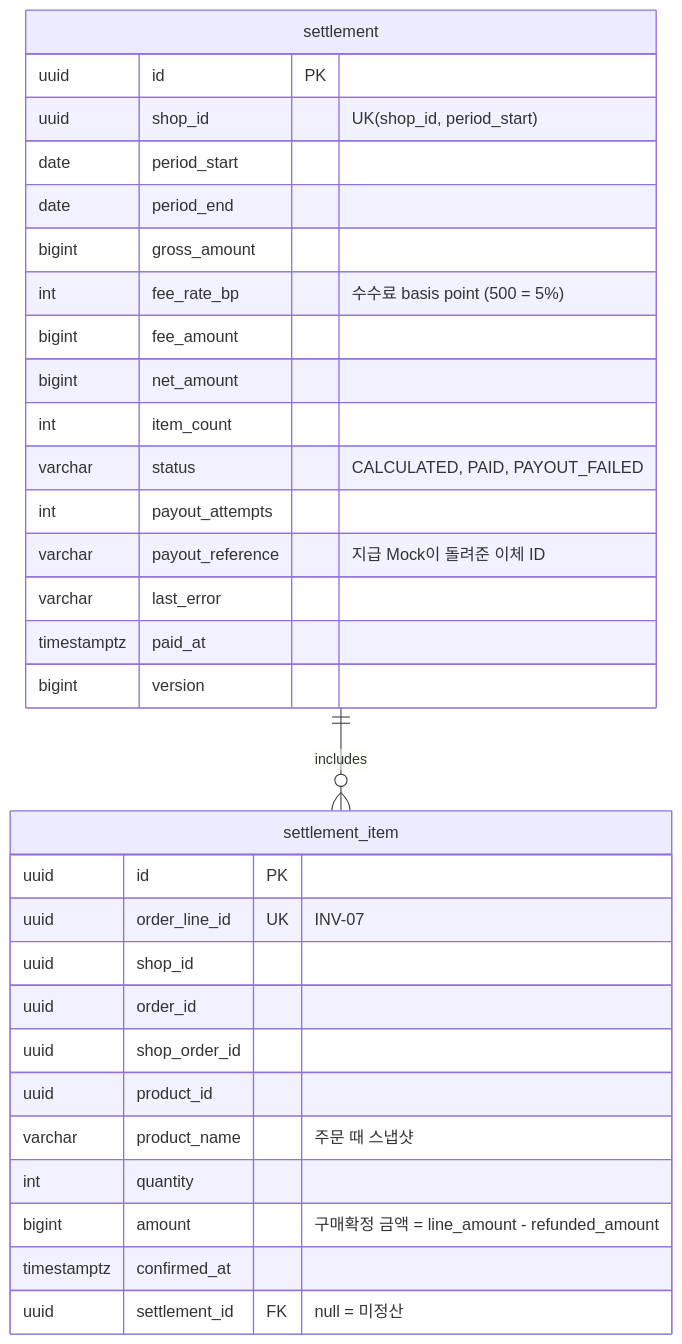
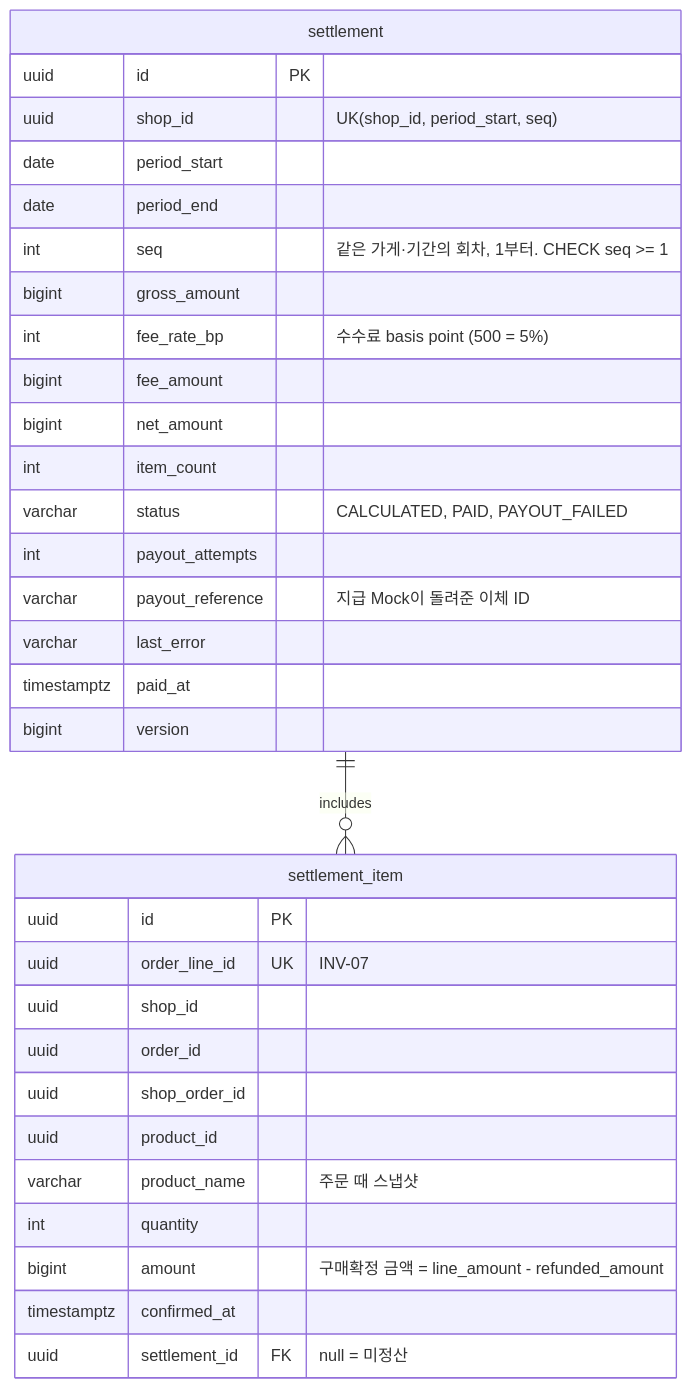
The sixth of 10 diagrams in docs/02-design/03-erd.md (95twan/myroutine-v2), drawn with Mermaid before and after one commit. The commit also changed other lines of this file and 31 other files, not shown here.

````diff
--- a/docs/02-design/03-erd.md
+++ b/docs/02-design/03-erd.md
@@ -326,34 +327,35 @@
 ```mermaid
 erDiagram
   settlement ||--o{ settlement_item : includes
   settlement_item {
     uuid id PK
     uuid order_line_id UK "INV-07"
     uuid shop_id
     uuid order_id
     uuid shop_order_id
     uuid product_id
     varchar product_name "주문 때 스냅샷"
     int quantity
     bigint amount "구매확정 금액 = line_amount - refunded_amount"
     timestamptz confirmed_at
     uuid settlement_id FK "null = 미정산"
   }
   settlement {
     uuid id PK
-    uuid shop_id "UK(shop_id, period_start)"
+    uuid shop_id "UK(shop_id, period_start, seq)"
     date period_start
     date period_end
+    int seq "같은 가게·기간의 회차, 1부터. CHECK seq >= 1"
     bigint gross_amount
     int fee_rate_bp "수수료 basis point (500 = 5%)"
     bigint fee_amount
     bigint net_amount
     int item_count
     varchar status "CALCULATED, PAID, PAYOUT_FAILED"
     int payout_attempts
     varchar payout_reference "지급 Mock이 돌려준 이체 ID"
     varchar last_error
     timestamptz paid_at
     bigint version
   }
 ```
````
